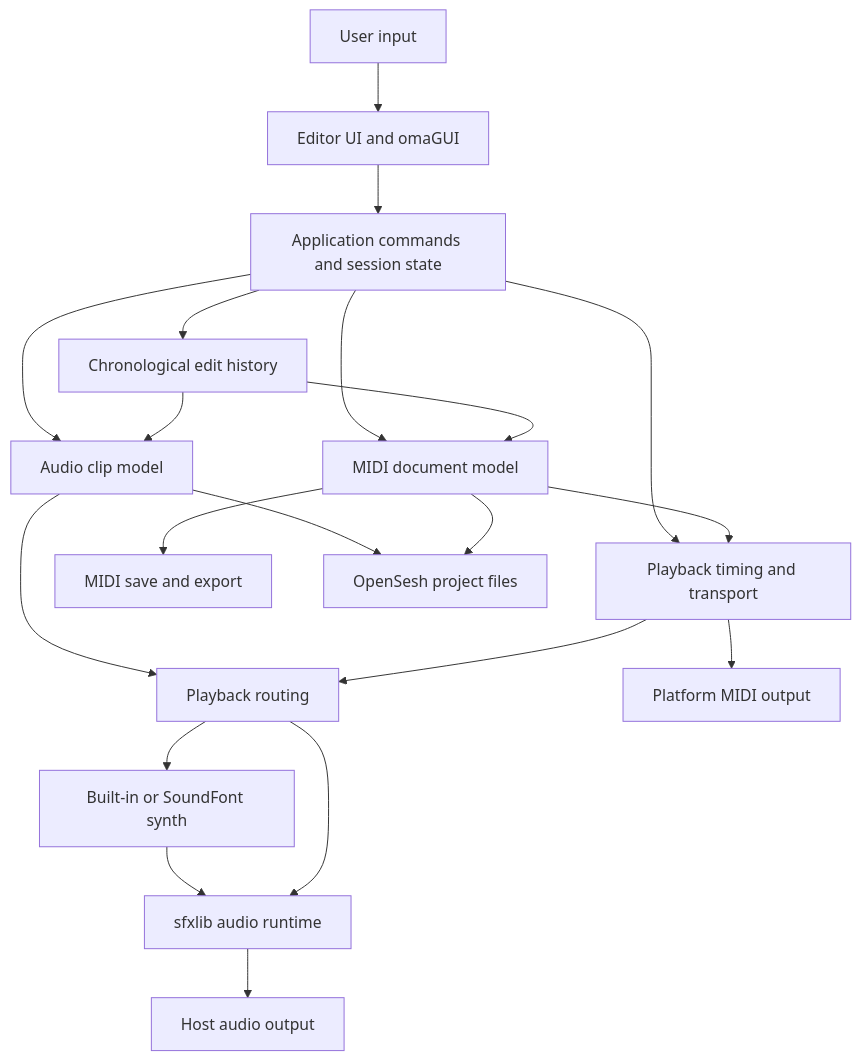
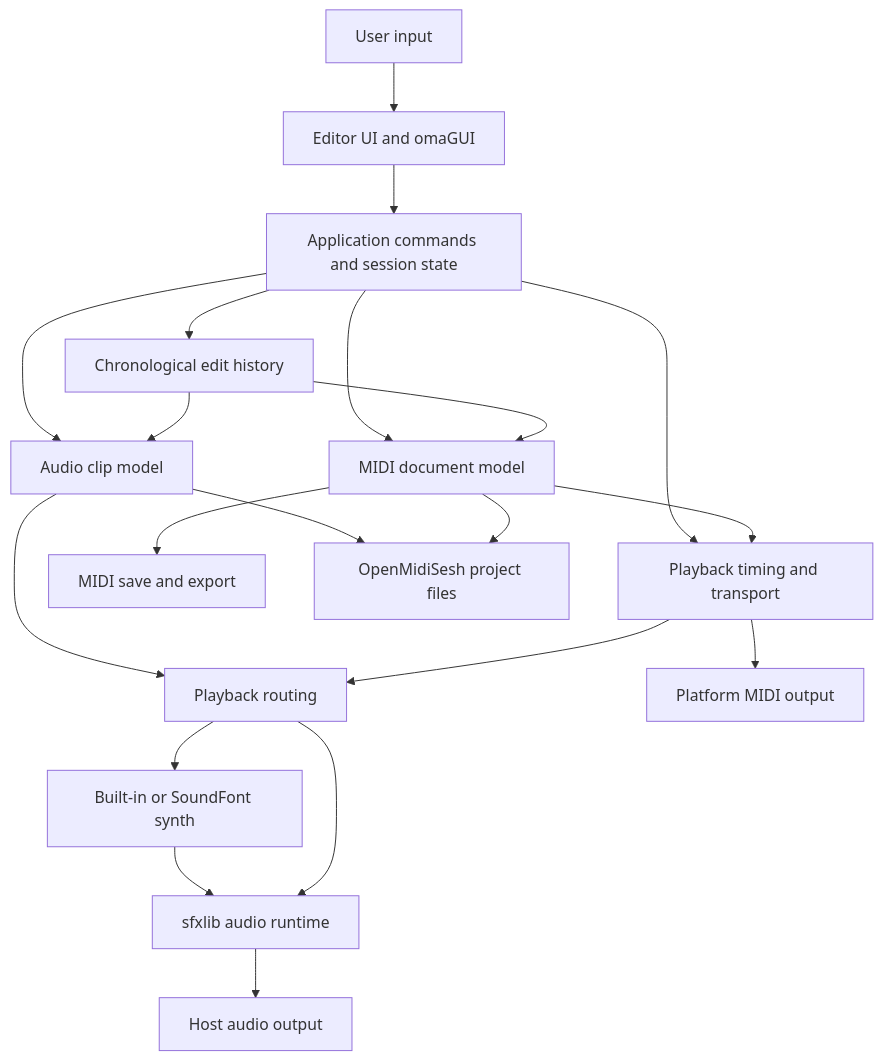
Before and after one commit to fbxl-sj0/OpenMidiSesh: the diagram in docs/ARCHITECTURE.md, drawn with Mermaid. The commit also changed other lines of this file and 260 other files, not shown here.

```diff
--- a/docs/ARCHITECTURE.md
+++ b/docs/ARCHITECTURE.md
@@ -16,22 +16,22 @@
 ~~~mermaid
 flowchart TD
     User[User input] --> UI[Editor UI and omaGUI]
     UI --> App[Application commands and session state]
     App --> MIDI[MIDI document model]
     App --> Audio[Audio clip model]
     App --> History[Chronological edit history]
     History --> MIDI
     History --> Audio
     App --> Timing[Playback timing and transport]
     MIDI --> Timing
     Audio --> Mix[Playback routing]
     Timing --> Mix
     Mix --> Synth[Built-in or SoundFont synth]
     Synth --> Runtime[sfxlib audio runtime]
     Mix --> Runtime
     Runtime --> Output[Host audio output]
     Timing --> NativeMIDI[Platform MIDI output]
     MIDI --> Save[MIDI save and export]
-    Audio --> Project[OpenSesh project files]
+    Audio --> Project[OpenMidiSesh project files]
     MIDI --> Project
 ~~~
```
